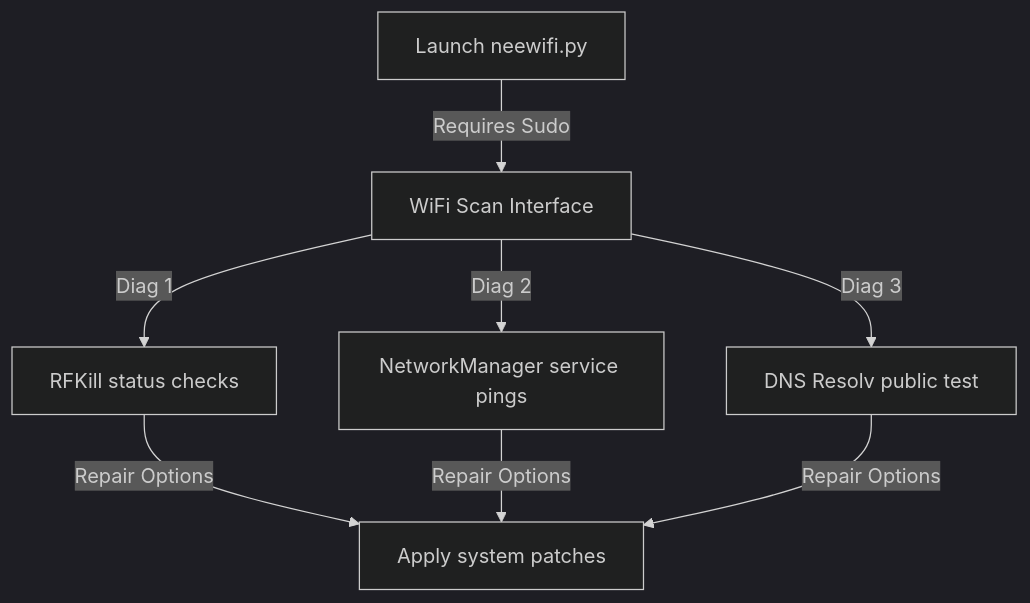
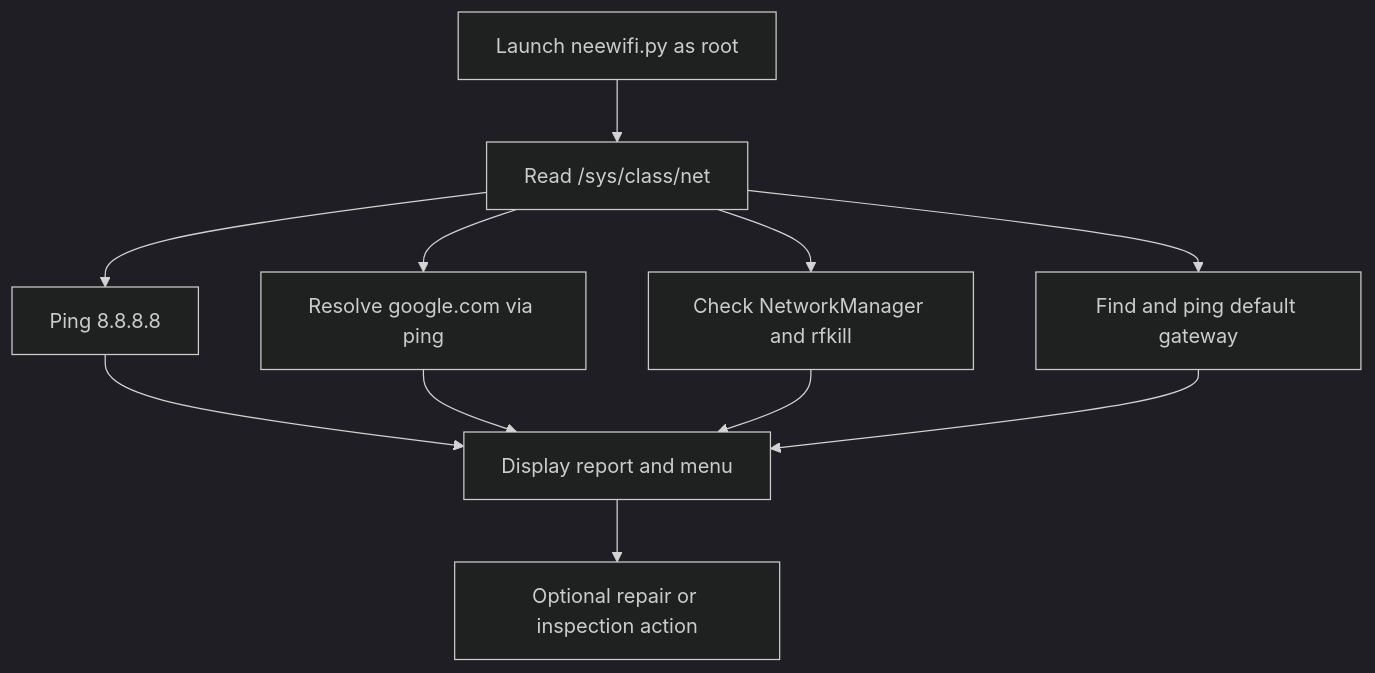
The diagram in SETUP_GUIDE.md (sudonishant/nee-wifi-fixer), drawn with Mermaid (dark theme) before and after one commit. The commit also changed other lines of this file, not shown here.

````diff
--- a/SETUP_GUIDE.md
+++ b/SETUP_GUIDE.md
@@ -13,8 +24,10 @@
 ```mermaid
 graph TD
-    A[Launch neewifi.py] -->|Requires Sudo| B[WiFi Scan Interface]
-    B -->|Diag 1| C[RFKill status checks]
-    B -->|Diag 2| D[NetworkManager service pings]
-    B -->|Diag 3| E[DNS Resolv public test]
-    C & D & E -->|Repair Options| F[Apply system patches]
+    A[Launch neewifi.py as root] --> B[Read /sys/class/net]
+    B --> C[Ping 8.8.8.8]
+    B --> D[Resolve google.com via ping]
+    B --> E[Check NetworkManager and rfkill]
+    B --> F[Find and ping default gateway]
+    C & D & E & F --> G[Display report and menu]
+    G --> H[Optional repair or inspection action]
 ```
````
